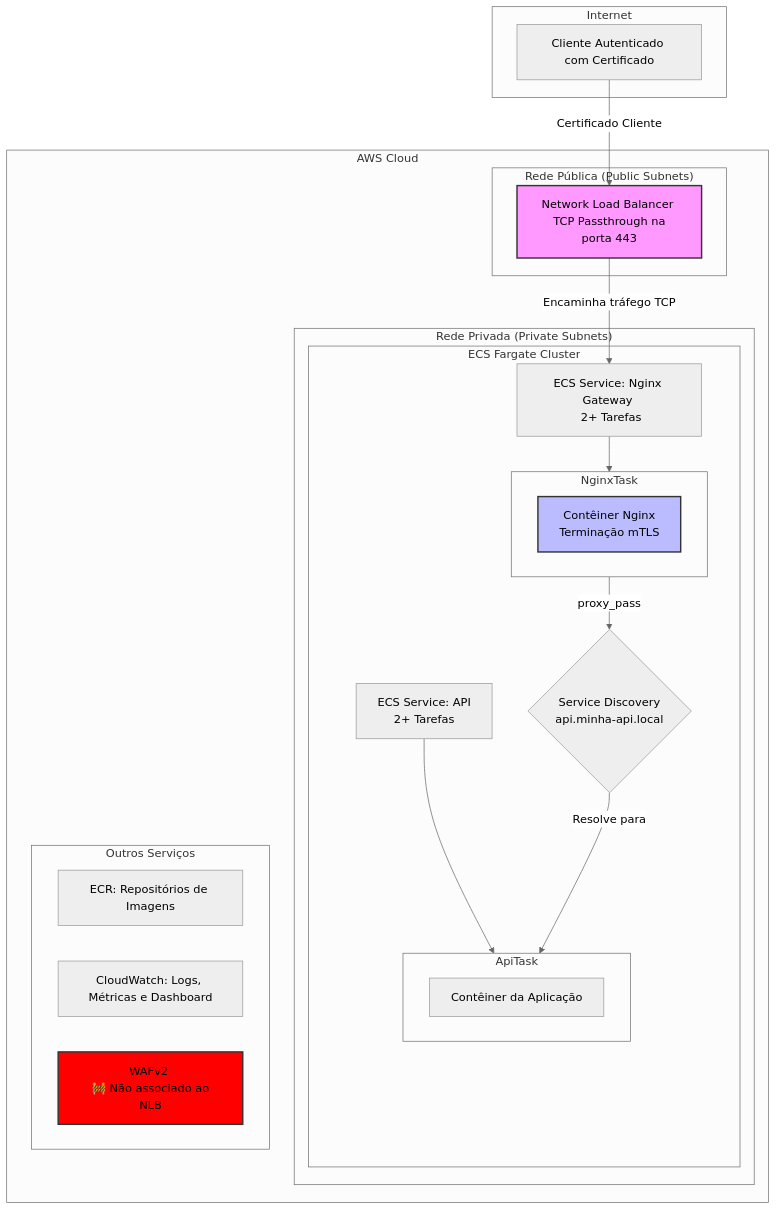
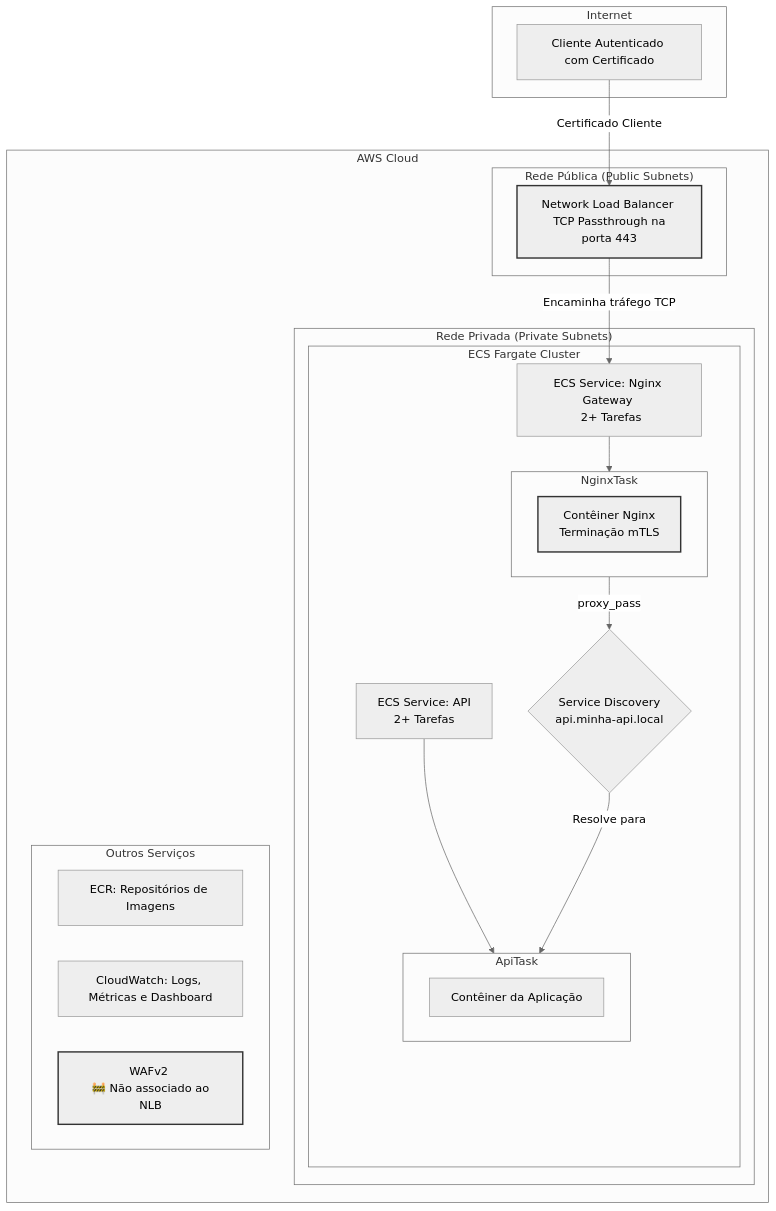
The diagram in README.md (xsysyphus/aws-ecs-fargate-infra), drawn with Mermaid (neutral theme) before and after one commit. The commit also changed other lines of this file, not shown here.

````diff
--- a/README.md
+++ b/README.md
@@ -37,47 +37,47 @@
 ```mermaid
 graph TD
     subgraph "Internet"
         Usuario[Cliente Autenticado com Certificado]
     end
 
     subgraph "AWS Cloud"
         subgraph "Rede Pública (Public Subnets)"
             NLB[Network Load Balancer <br> TCP Passthrough na porta 443]
         end
 
         subgraph "Rede Privada (Private Subnets)"
             subgraph "ECS Fargate Cluster"
                 NginxService[ECS Service: Nginx Gateway <br> 2+ Tarefas]
                 ApiService[ECS Service: API <br> 2+ Tarefas]
                 
                 NginxTask[Tarefa Fargate: Nginx] -- proxy_pass --> ApiServiceDiscovery{Service Discovery <br> api.minha-api.local}
                 ApiTask[Tarefa Fargate: API]
 
                 subgraph NginxTask
                     NginxContainer[Contêiner Nginx <br> Terminação mTLS]
                 end
                 
                 subgraph ApiTask
                     ApiContainer[Contêiner da Aplicação]
                 end
 
                 NginxService --> NginxTask
                 ApiService --> ApiTask
             end
         end
 
         subgraph "Outros Serviços"
             ECR[ECR: Repositórios de Imagens]
             CloudWatch[CloudWatch: Logs, Métricas e Dashboard]
             WAF[WAFv2 <br> 🚧 Não associado ao NLB]
         end
     end
 
     Usuario -- Certificado Cliente --> NLB
     NLB -- Encaminha tráfego TCP --> NginxService
     ApiServiceDiscovery -- Resolve para --> ApiTask
 
-    style NLB fill:#f9f,stroke:#333,stroke-width:2px
-    style NginxContainer fill:#bbf,stroke:#333,stroke-width:2px
-    style WAF fill:#f00,stroke:#333,stroke-width:2px
+    style NLB fill:#lightblue,stroke:#333,stroke-width:2px
+    style NginxContainer fill:#lightgreen,stroke:#333,stroke-width:2px
+    style WAF fill:#orange,stroke:#333,stroke-width:2px
 ```
````
